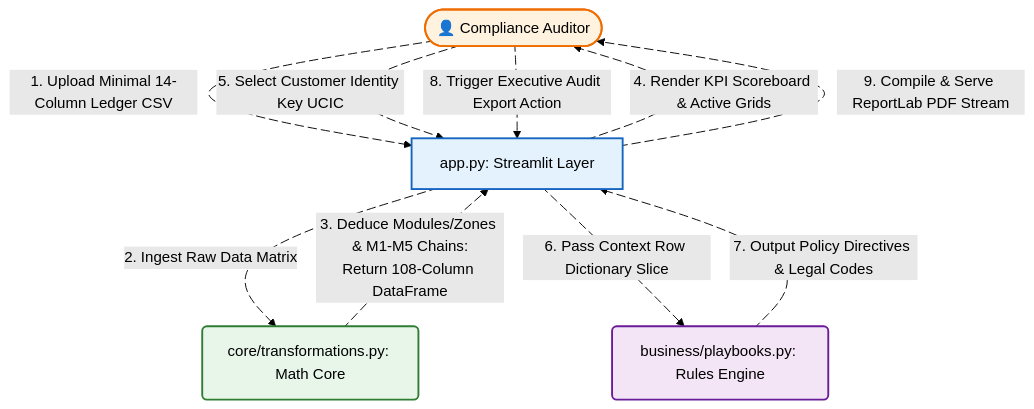
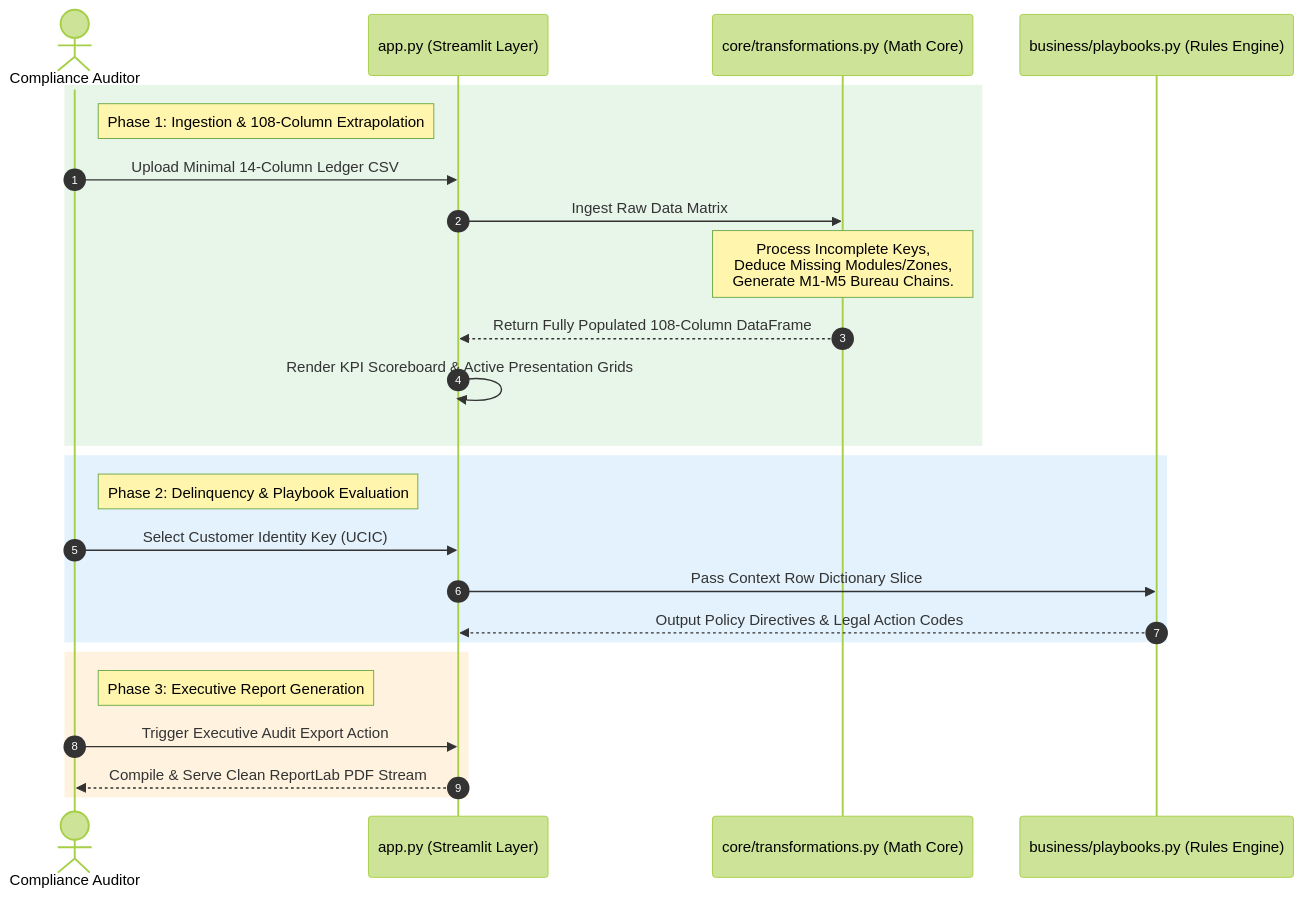
The second of 2 diagrams in README.md (SRINIVASTA/retail-ledger-workstation), drawn with Mermaid (forest theme) before and after one commit. The commit also changed other lines of this file, not shown here.

````diff
--- a/README.md
+++ b/README.md
@@ -43,36 +43,30 @@
 ```mermaid
-flowchart TD
-    %% Actors & System Modules
-    Auditor([👤 Compliance Auditor])
-    UI[app.py: Streamlit Layer]
-    Core(core/transformations.py: Math Core)
-    Rules(business/playbooks.py: Rules Engine)
+sequenceDiagram
+    autonumber
+    actor Auditor as Compliance Auditor
+    participant UI as app.py (Streamlit Layer)
+    participant Core as core/transformations.py (Math Core)
+    participant Rules as business/playbooks.py (Rules Engine)
+    
+    rect rgb(232, 245, 233)
+    Note right of Auditor: Phase 1: Ingestion & 108-Column Extrapolation
+    Auditor->>UI: Upload Minimal 14-Column Ledger CSV
+    UI->>Core: Ingest Raw Data Matrix
+    Note over Core: Process Incomplete Keys,<br/>Deduce Missing Modules/Zones,<br/>Generate M1-M5 Bureau Chains.
+    Core-->>UI: Return Fully Populated 108-Column DataFrame
+    UI->>UI: Render KPI Scoreboard & Active Presentation Grids
+    end
 
-    %% Numbered Lifecycle Flow
-    Auditor e1@-->|1. Upload Minimal 14-Column Ledger CSV| UI
-    UI e2@-->|2. Ingest Raw Data Matrix| Core
-    Core e3@-.->|3. Deduce Modules/Zones & M1-M5 Chains:<br/>Return 108-Column DataFrame| UI
-    UI e4@-->|4. Render KPI Scoreboard & Active Grids| Auditor
-    Auditor e5@-->|5. Select Customer Identity Key UCIC| UI
-    UI e6@-->|6. Pass Context Row Dictionary Slice| Rules
-    Rules e7@-.->|7. Output Policy Directives & Legal Codes| UI
-    Auditor e8@-->|8. Trigger Executive Audit Export Action| UI
-    UI e9@-.->|9. Compile & Serve ReportLab PDF Stream| Auditor
+    rect rgb(227, 242, 253)
+    Note right of Auditor: Phase 2: Delinquency & Playbook Evaluation
+    Auditor->>UI: Select Customer Identity Key (UCIC)
+    UI->>Rules: Pass Context Row Dictionary Slice
+    Rules-->>UI: Output Policy Directives & Legal Action Codes
+    end
 
-    %% Running Flow Animation Definitions
-    e1@{ animate: true }
-    e2@{ animate: true }
-    e3@{ animate: true }
-    e4@{ animate: true }
-    e5@{ animate: true }
-    e6@{ animate: true }
-    e7@{ animate: true }
-    e8@{ animate: true }
-    e9@{ animate: true }
-
-    %% Clean Role Styling
-    style Auditor fill:#fff3e0,stroke:#ef6c00,stroke-width:2px;
-    style UI fill:#e3f2fd,stroke:#1565c0,stroke-width:2px;
-    style Core fill:#e8f5e9,stroke:#2e7d32,stroke-width:2px;
-    style Rules fill:#f3e5f5,stroke:#6a1b9a,stroke-width:2px;
+    rect rgb(255, 243, 224)
+    Note right of Auditor: Phase 3: Executive Report Generation
+    Auditor->>UI: Trigger Executive Audit Export Action
+    UI-->>Auditor: Compile & Serve Clean ReportLab PDF Stream
+    end
 ```
````
